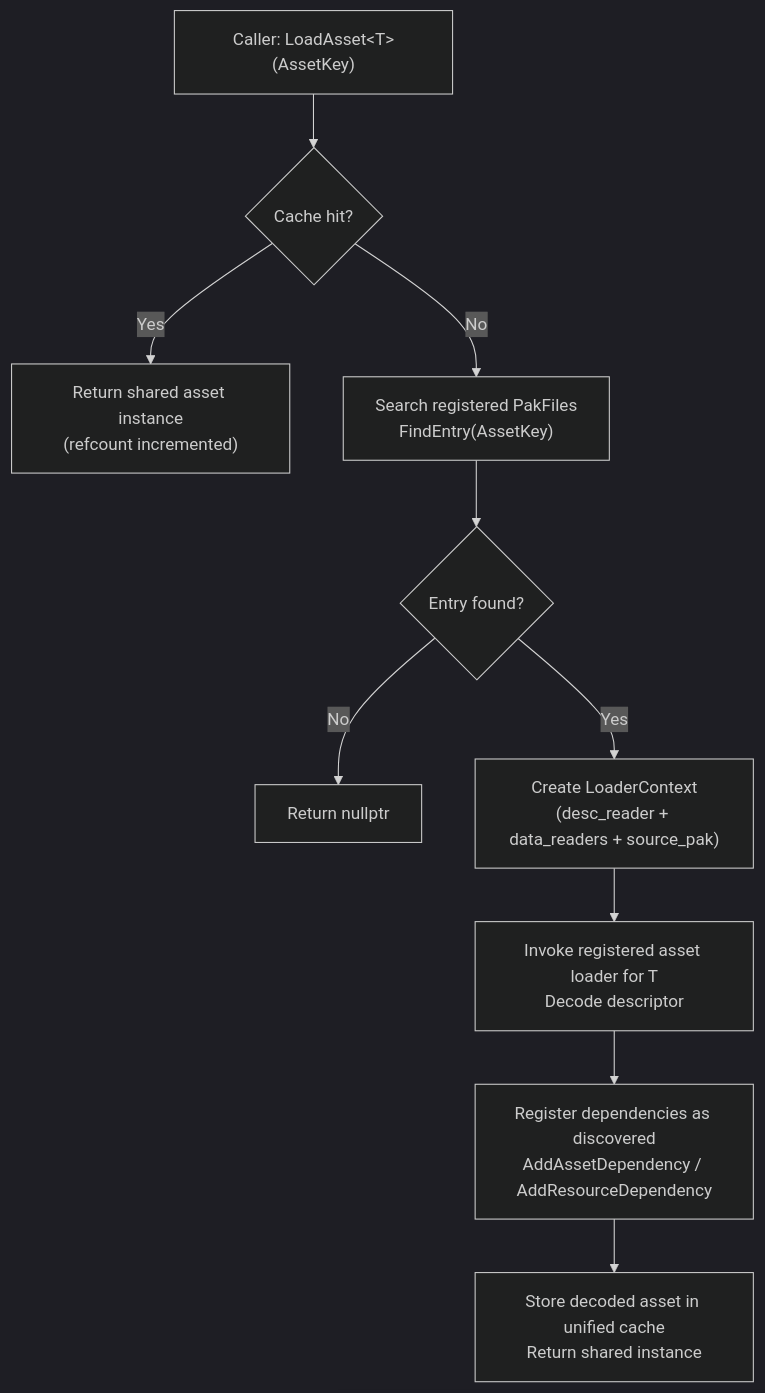
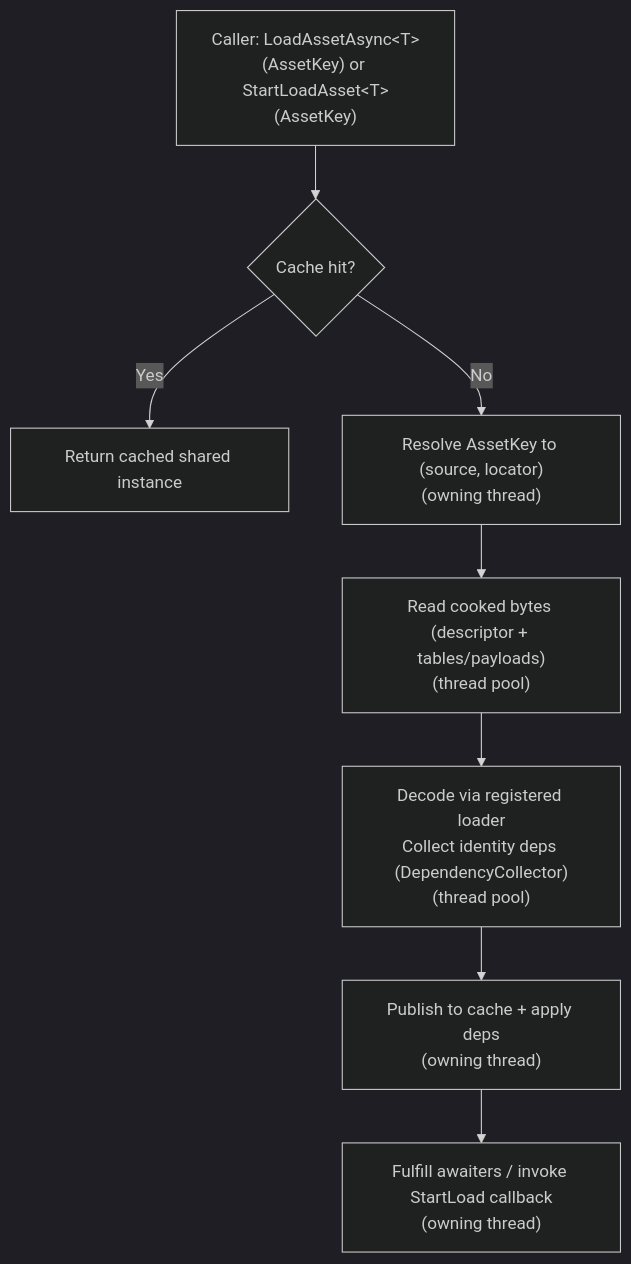
One commit to abdes/DroidNet changed the first of 4 diagrams in projects/Oxygen.Engine/src/Oxygen/Content/Docs/overview.md. Above: the diagram before and after it, drawn with Mermaid (dark theme). The commit also changed other lines of this file and 7 other files, not shown here.

First line of the commit message:
docs(content): update for shipped async loader and loose cooked

````diff
--- a/projects/Oxygen.Engine/src/Oxygen/Content/Docs/overview.md
+++ b/projects/Oxygen.Engine/src/Oxygen/Content/Docs/overview.md
@@ -119,12 +182,10 @@
 ```mermaid
 flowchart TD
-  A["Caller: LoadAsset&lt;T&gt;(AssetKey)"] --> B{"Cache hit?"}
-  B -- Yes --> C["Return shared asset instance<br/>(refcount incremented)"]
-  B -- No --> D["Search registered PakFiles<br/>FindEntry(AssetKey)"]
-  D --> E{"Entry found?"}
-  E -- No --> F["Return nullptr"]
-  E -- Yes --> G["Create LoaderContext<br/>(desc_reader + data_readers + source_pak)"]
-  G --> H["Invoke registered asset loader for T<br/>Decode descriptor"]
-  H --> I["Register dependencies as discovered<br/>AddAssetDependency / AddResourceDependency"]
-  I --> J["Store decoded asset in unified cache<br/>Return shared instance"]
+  A["Caller: LoadAssetAsync&lt;T&gt;(AssetKey) or StartLoadAsset&lt;T&gt;(AssetKey)"] --> B{"Cache hit?"}
+  B -- Yes --> C["Return cached shared instance"]
+  B -- No --> D["Resolve AssetKey to (source, locator)<br/>(owning thread)"]
+  D --> E["Read cooked bytes (descriptor + tables/payloads)<br/>(thread pool)"]
+  E --> F["Decode via registered loader<br/>Collect identity deps (DependencyCollector)<br/>(thread pool)"]
+  F --> G["Publish to cache + apply deps<br/>(owning thread)"]
+  G --> H["Fulfill awaiters / invoke StartLoad callback<br/>(owning thread)"]
 ```
````
